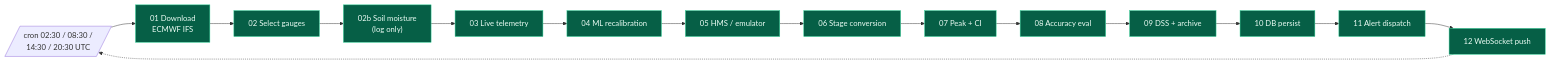
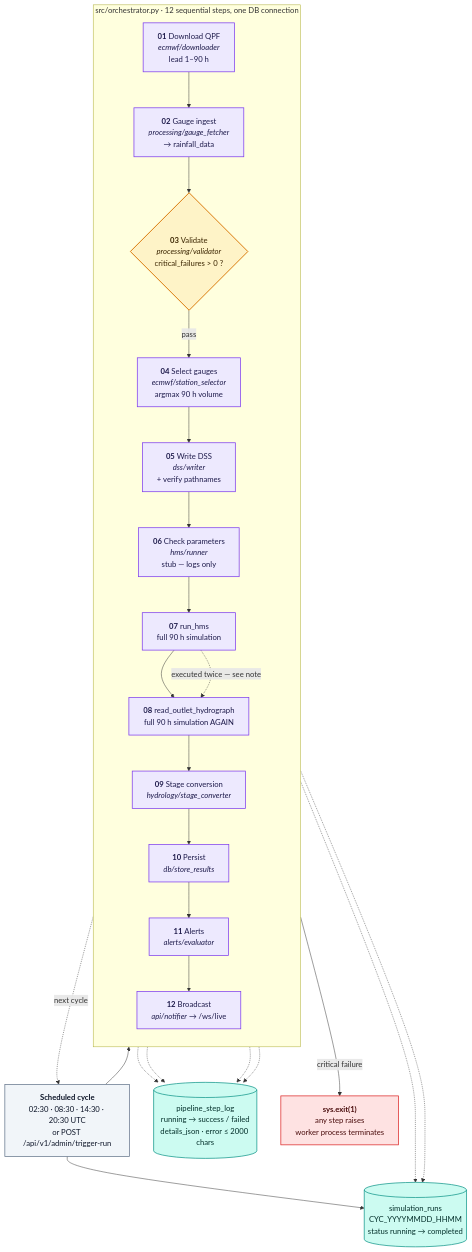
One commit to satwikcccss-crypto/CCCSS-SUK-Panchganga_Hydrocast changed the second of 8 diagrams in docs/architecture-atlas.md. Above: the diagram before and after it, drawn with Mermaid. The commit also changed other lines of this file and 14 other files, not shown here.

````diff
--- a/docs/architecture-atlas.md
+++ b/docs/architecture-atlas.md
@@ -170,20 +319,53 @@
 ```mermaid
-flowchart LR
-    CRON[/"cron 02:30 / 08:30 /<br/>14:30 / 20:30 UTC"/] --> S1["01 Download<br/>ECMWF IFS"]
-    S1 --> S2["02 Select gauges"]
-    S2 --> S2b["02b Soil moisture<br/>(log only)"]
-    S2b --> S3["03 Live telemetry"]
-    S3 --> S4["04 ML recalibration"]
-    S4 --> S5["05 HMS / emulator"]
-    S5 --> S6["06 Stage conversion"]
-    S6 --> S7["07 Peak + CI"]
-    S7 --> S8["08 Accuracy eval"]
-    S8 --> S9["09 DSS + archive"]
-    S9 --> S10["10 DB persist"]
-    S10 --> S11["11 Alert dispatch"]
-    S11 --> S12["12 WebSocket push"]
-    S12 -.-> CRON
+flowchart TB
 
-    classDef ok fill:#065f46,stroke:#34d399,color:#ecfdf5
-    class S1,S2,S2b,S3,S4,S5,S6,S7,S8,S9,S10,S11,S12 ok
+    CRON["<b>Scheduled cycle</b><br/>02:30 · 08:30 · 14:30 · 20:30 UTC<br/>or POST /api/v1/admin/trigger-run"]
+
+    subgraph MAIN["src/orchestrator.py · 12 sequential steps, one DB connection"]
+        direction TB
+        S1["<b>01</b> Download QPF<br/><i>ecmwf/downloader</i><br/>lead 1–90 h"]
+        S2["<b>02</b> Gauge ingest<br/><i>processing/gauge_fetcher</i><br/>→ rainfall_data"]
+        S3{"<b>03</b> Validate<br/><i>processing/validator</i><br/>critical_failures &gt; 0 ?"}
+        S4["<b>04</b> Select gauges<br/><i>ecmwf/station_selector</i><br/>argmax 90 h volume"]
+        S5["<b>05</b> Write DSS<br/><i>dss/writer</i><br/>+ verify pathnames"]
+        S6["<b>06</b> Check parameters<br/><i>hms/runner</i><br/>stub — logs only"]
+        S7["<b>07</b> run_hms<br/>full 90 h simulation"]
+        S8["<b>08</b> read_outlet_hydrograph<br/>full 90 h simulation AGAIN"]
+        S9["<b>09</b> Stage conversion<br/><i>hydrology/stage_converter</i>"]
+        S10["<b>10</b> Persist<br/><i>db/store_results</i>"]
+        S11["<b>11</b> Alerts<br/><i>alerts/evaluator</i>"]
+        S12["<b>12</b> Broadcast<br/><i>api/notifier</i> → /ws/live"]
+    end
+
+    LOG[("pipeline_step_log<br/>running → success / failed<br/>details_json · error ≤ 2000 chars")]
+    RUN[("simulation_runs<br/>CYC_YYYYMMDD_HHMM<br/>status running → completed")]
+    HALT["<b>sys.exit(1)</b><br/>any step raises<br/>worker process terminates"]
+
+    CRON --> RUN
+    CRON --> S1
+    S1 --> S2 --> S3
+    S3 -->|pass| S4
+    S3 -->|critical failure| HALT
+    S4 --> S5 --> S6 --> S7 --> S8 --> S9 --> S10 --> S11 --> S12
+    S12 -.->|next cycle| CRON
+
+    S3 -.-> LOG
+    S7 -.-> LOG
+    S9 -.-> LOG
+    S12 -.-> LOG
+    S1 -.-> RUN
+    S12 -.-> RUN
+    S7 -.->|"executed twice — see note"| S8
+
+    classDef force   fill:#f1f5f9,stroke:#64748b,stroke-width:1.5px,color:#0f172a
+    classDef decide  fill:#fef3c7,stroke:#d97706,stroke-width:2px,color:#3b2500
+    classDef compute fill:#ede9fe,stroke:#7c3aed,stroke-width:1.5px,color:#1e1b4b
+    classDef store   fill:#ccfbf1,stroke:#0d9488,stroke-width:1.5px,color:#04302b
+    classDef fault   fill:#fee2e2,stroke:#dc2626,stroke-width:1.5px,color:#4a0d0d
+
+    class CRON force
+    class S3 decide
+    class S1,S2,S4,S5,S6,S7,S8,S9,S10,S11,S12 compute
+    class LOG,RUN store
+    class HALT fault
 ```
````
